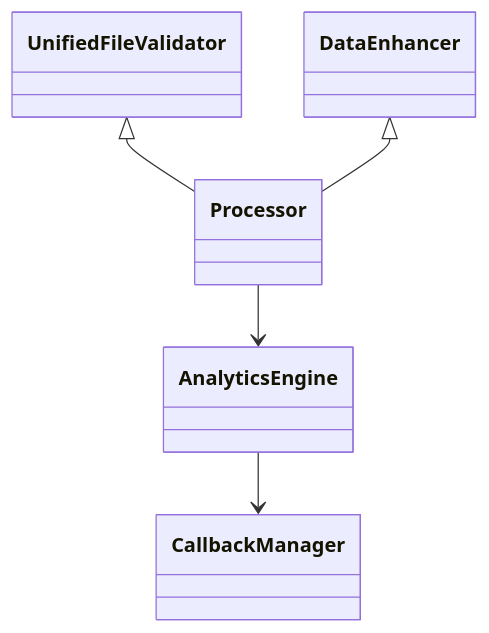
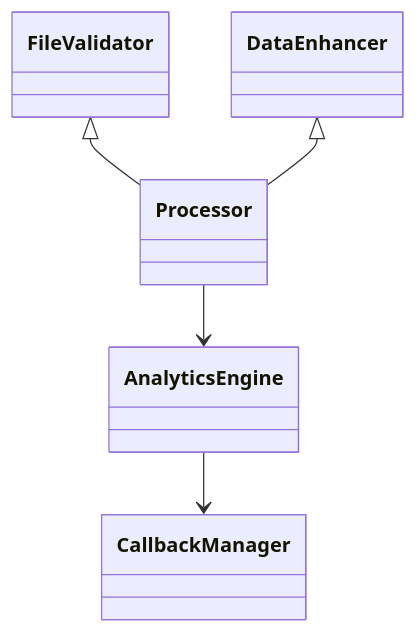
One commit to WSG23/yosai_intel_dashboard_fresh changed the diagram in docs/data_processing.md. Above: the diagram before and after it, drawn with Mermaid. The commit also changed other lines of this file and 39 other files, not shown here.

````diff
--- a/docs/data_processing.md
+++ b/docs/data_processing.md
@@ -26,7 +26,7 @@
 ```mermaid
 classDiagram
-    UnifiedFileValidator <|-- Processor
+    FileValidator <|-- Processor
     DataEnhancer <|-- Processor
     Processor --> AnalyticsEngine
     AnalyticsEngine --> CallbackManager
 ```
````
